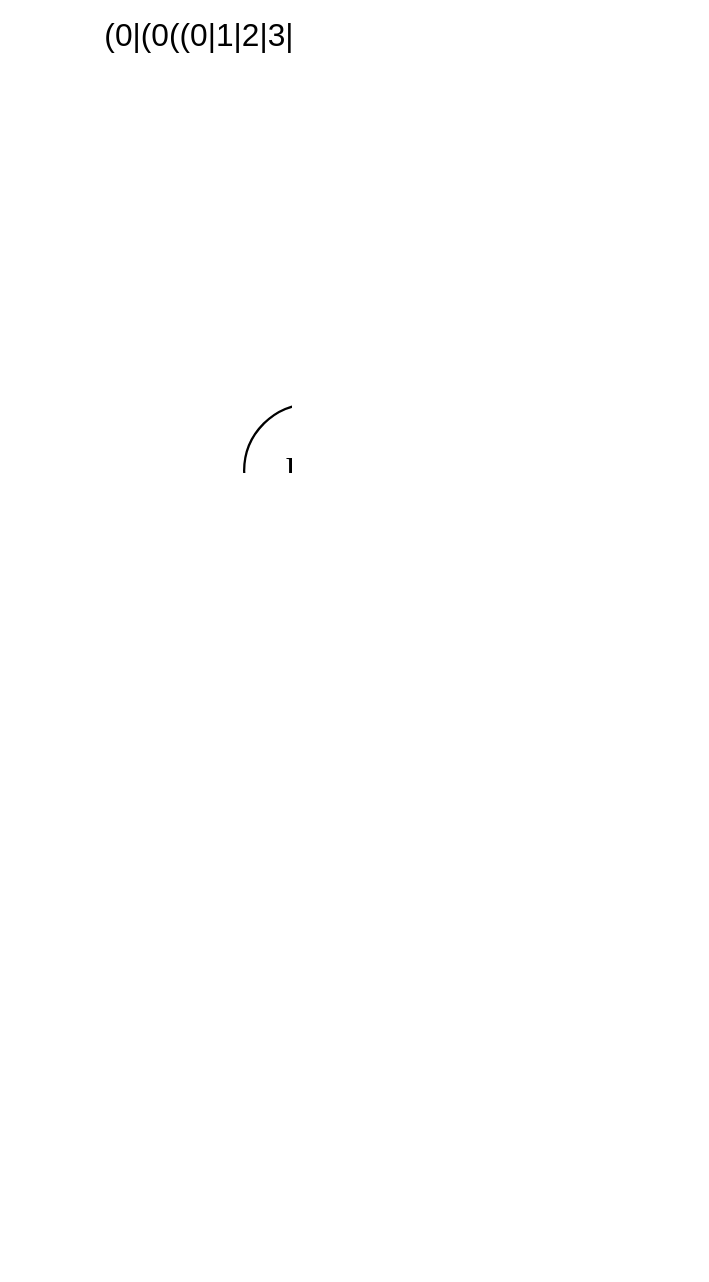
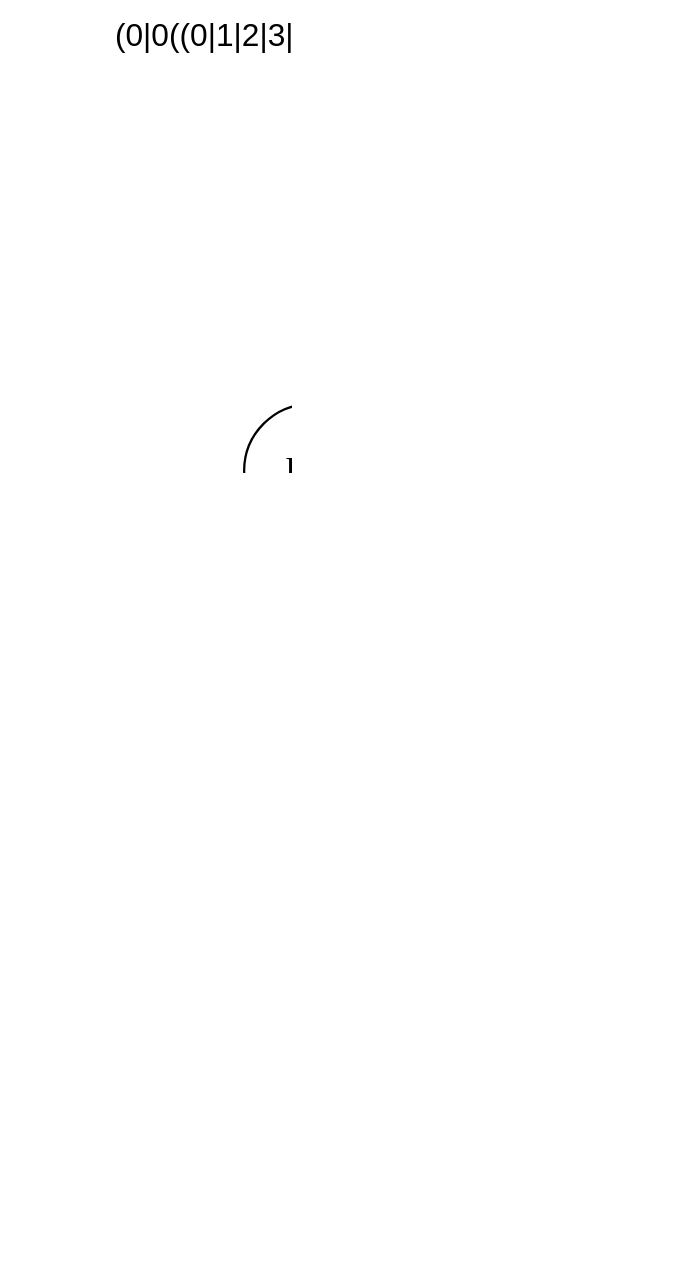
One commit to jorbDehmel/regex-to-dfa changed the diagram in regex_dots/9.dot. Above: the diagram before and after it, drawn with Graphviz. The commit also changed 8 other files, not shown here.

```diff
--- a/regex_dots/9.dot
+++ b/regex_dots/9.dot
@@ -1,49 +1,49 @@
 digraph tokex {
 	labelloc="t";
-	label="(0|(0((0|1|2|3|4|5|6|7)+')*(0|1|2|3|4|5|6|7)+))";
+	label="(0|0((0|1|2|3|4|5|6|7)+')*(0|1|2|3|4|5|6|7)+)";
 	graph [dpi=200];
 	rankdir=LR;
 	fontname="Helvetica";
 	edge [arrowhead=normal,arrowtail=dot];
 	node [shape=circle];
 	# Auto-generated by Tokex.
 
 	q0 [label="End"];
 	q1 [label="End"];
 	q2 [label=""];
 	q3 [label="Beg"];
 	q3 -> q0 [label="0"];
 	q3 -> q1 [label="1"];
 	q3 -> q1 [label="2"];
 	q3 -> q1 [label="3"];
 	q3 -> q1 [label="4"];
 	q3 -> q1 [label="5"];
 	q3 -> q1 [label="6"];
 	q3 -> q1 [label="7"];
 	q0 -> q2 [label="'"];
 	q0 -> q1 [label="0"];
 	q0 -> q1 [label="1"];
 	q0 -> q1 [label="2"];
 	q0 -> q1 [label="3"];
 	q0 -> q1 [label="4"];
 	q0 -> q1 [label="5"];
 	q0 -> q1 [label="6"];
 	q0 -> q1 [label="7"];
 	q1 -> q2 [label="'"];
 	q1 -> q1 [label="0"];
 	q1 -> q1 [label="1"];
 	q1 -> q1 [label="2"];
 	q1 -> q1 [label="3"];
 	q1 -> q1 [label="4"];
 	q1 -> q1 [label="5"];
 	q1 -> q1 [label="6"];
 	q1 -> q1 [label="7"];
 	q2 -> q1 [label="0"];
 	q2 -> q1 [label="1"];
 	q2 -> q1 [label="2"];
 	q2 -> q1 [label="3"];
 	q2 -> q1 [label="4"];
 	q2 -> q1 [label="5"];
 	q2 -> q1 [label="6"];
 	q2 -> q1 [label="7"];
 }
```
